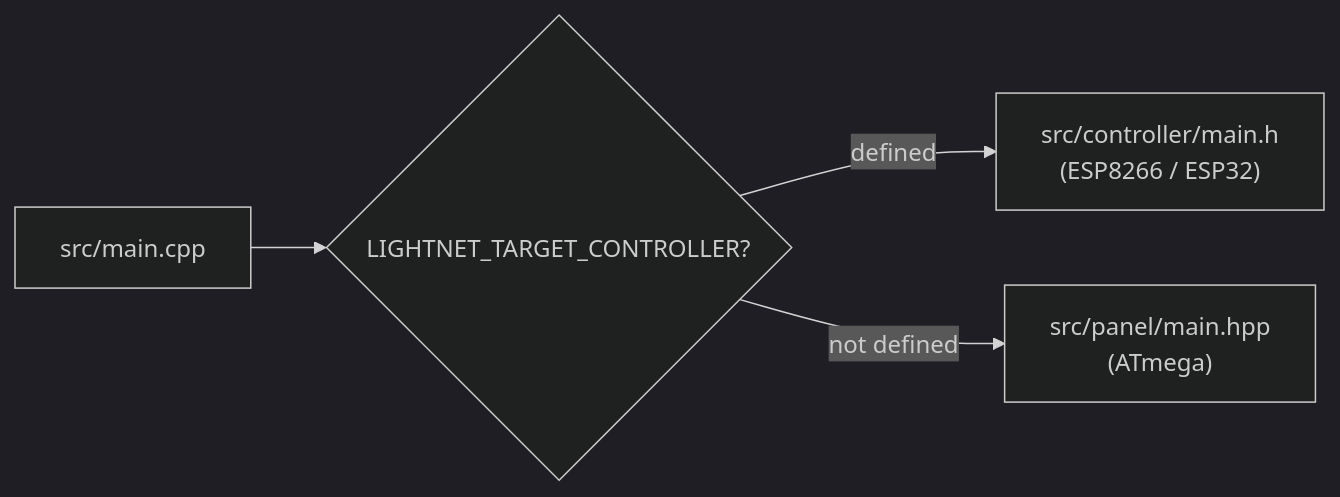
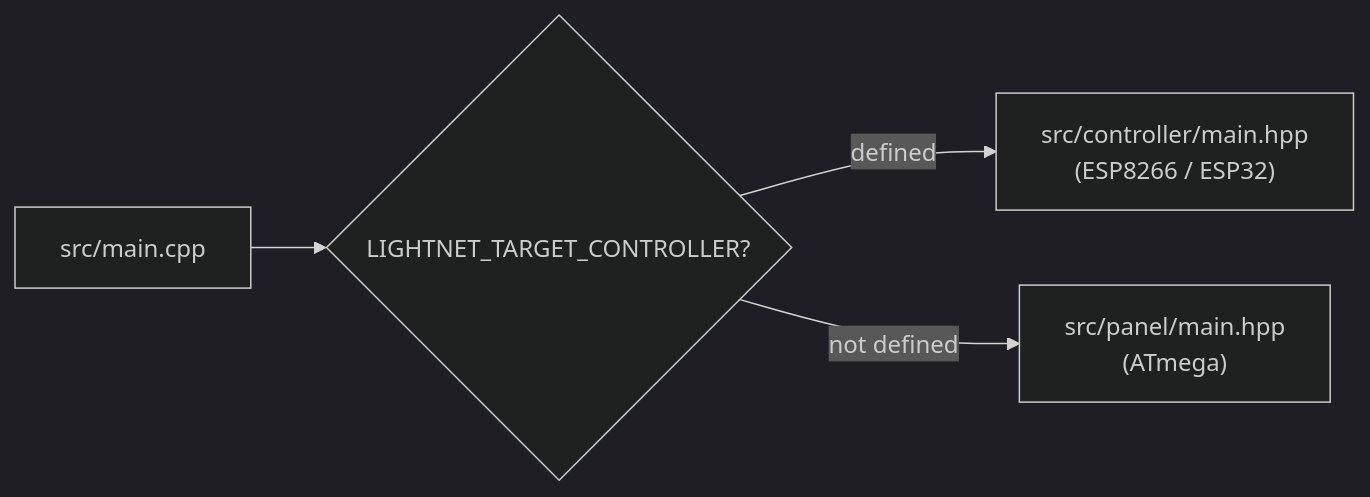
One commit to przemczan/lightnet-firmware changed the second of 4 diagrams in docs/architecture.md. Above: the diagram before and after it, drawn with Mermaid (dark theme). The commit also changed 35 other files, not shown here.

````diff
--- a/docs/architecture.md
+++ b/docs/architecture.md
@@ -45,6 +45,6 @@
 ```mermaid
 graph LR
   M["src/main.cpp"] --> CC{"LIGHTNET_TARGET_CONTROLLER?"}
-  CC -- defined --> ESP["src/controller/main.h\n(ESP8266 / ESP32)"]
+  CC -- defined --> ESP["src/controller/main.hpp\n(ESP8266 / ESP32)"]
   CC -- not defined --> ATM["src/panel/main.hpp\n(ATmega)"]
 ```
````
